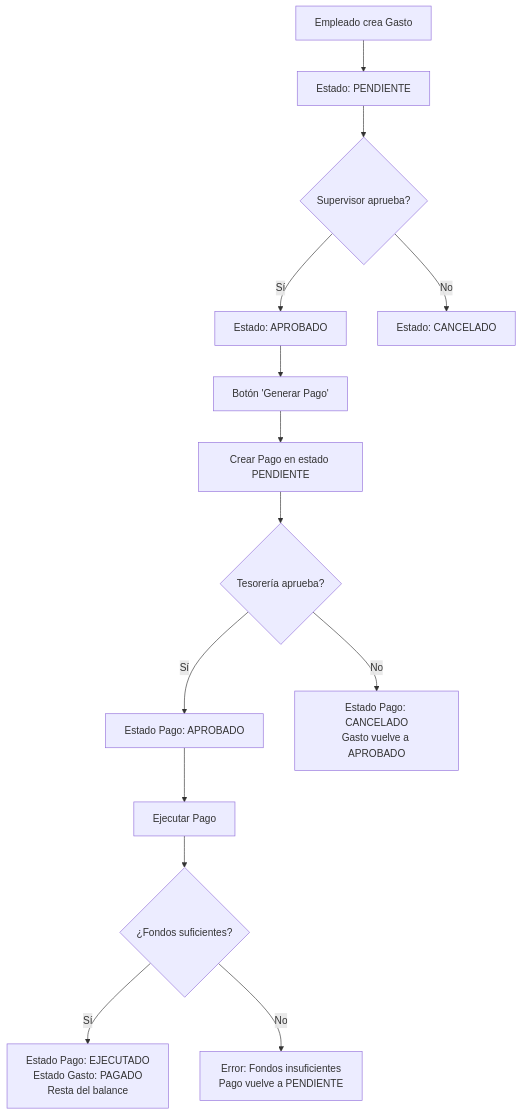
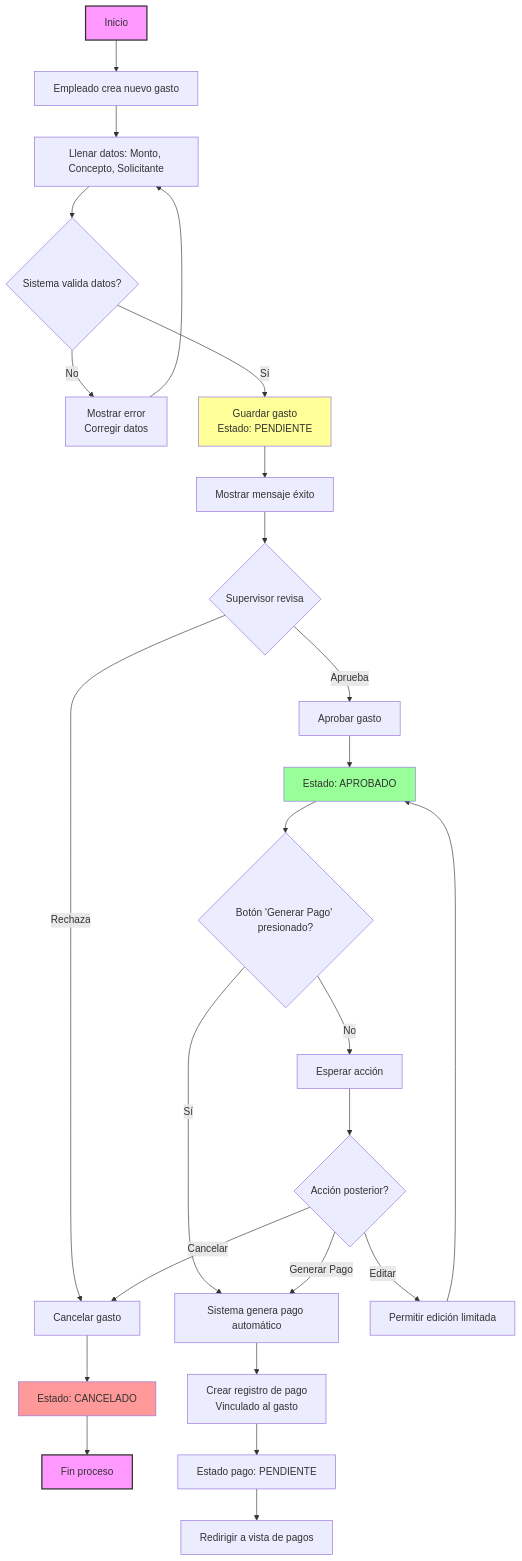
The first of 3 diagrams in README.md (IsaacDrp/RGVV-Soluciones-Evaluacion), drawn with Mermaid before and after one commit. The commit also changed other lines of this file, not shown here.

Commit message:
correccion de diagrama ER

````diff
--- a/README.md
+++ b/README.md
@@ -105,18 +19,37 @@
 ```mermaid
 flowchart TD
-    A[Empleado crea Gasto] --> B[Estado: PENDIENTE]
-    B --> C{Supervisor aprueba?}
-    C -->|Sí| D[Estado: APROBADO]
-    C -->|No| E[Estado: CANCELADO]
+    A[Inicio] --> B[Empleado crea nuevo gasto]
+    B --> C[Llenar datos: Monto, Concepto, Solicitante]
+    C --> D{Sistema valida datos?}
+    D -->|No| E[Mostrar error<br>Corregir datos]
+    E --> C
+    D -->|Sí| F[Guardar gasto<br>Estado: PENDIENTE]
+    F --> G[Mostrar mensaje éxito]
+    G --> H{Supervisor revisa}
     
-    D --> F[Botón 'Generar Pago']
-    F --> G[Crear Pago en estado PENDIENTE]
-    G --> H{Tesorería aprueba?}
-    H -->|Sí| I[Estado Pago: APROBADO]
-    H -->|No| J[Estado Pago: CANCELADO<br>Gasto vuelve a APROBADO]
+    H -->|Rechaza| I[Cancelar gasto]
+    I --> J[Estado: CANCELADO]
+    J --> K[Fin proceso]
     
-    I --> K[Ejecutar Pago]
-    K --> L{¿Fondos suficientes?}
-    L -->|Sí| M[Estado Pago: EJECUTADO<br>Estado Gasto: PAGADO<br>Resta del balance]
-    L -->|No| N[Error: Fondos insuficientes<br>Pago vuelve a PENDIENTE]
+    H -->|Aprueba| L[Aprobar gasto]
+    L --> M[Estado: APROBADO]
+    M --> N{Botón 'Generar Pago' presionado?}
+    
+    N -->|Sí| O[Sistema genera pago automático]
+    O --> P[Crear registro de pago<br>Vinculado al gasto]
+    P --> Q[Estado pago: PENDIENTE]
+    Q --> R[Redirigir a vista de pagos]
+    
+    N -->|No| S[Esperar acción]
+    S --> T{Acción posterior?}
+    T -->|Editar| U[Permitir edición limitada]
+    U --> M
+    T -->|Cancelar| I
+    T -->|Generar Pago| O
+
+    style A fill:#f9f,stroke:#333,stroke-width:2px
+    style K fill:#f9f,stroke:#333,stroke-width:2px
+    style J fill:#ff9999
+    style M fill:#99ff99
+    style F fill:#ffff99
 ```
````
